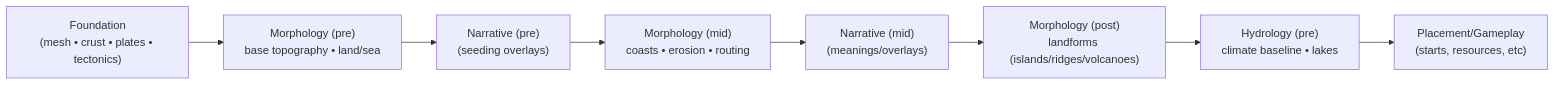
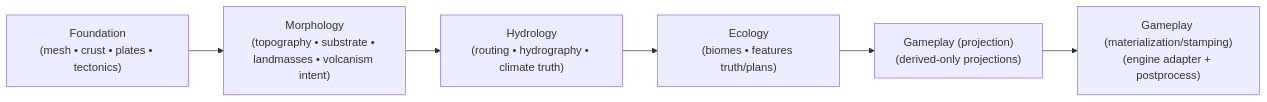
Before and after one commit to mateicanavra/civ7-modding-tools-fork: the first of 3 diagrams in docs/projects/engine-refactor-v1/resources/workflow/domain-refactor/plans/morphology/spike-morphology-modeling-gpt.md, drawn with Mermaid. The commit also changed other lines of this file and 18 other files, not shown here.

````diff
--- a/docs/projects/engine-refactor-v1/resources/workflow/domain-refactor/plans/morphology/spike-morphology-modeling-gpt.md
+++ b/docs/projects/engine-refactor-v1/resources/workflow/domain-refactor/plans/morphology/spike-morphology-modeling-gpt.md
@@ -268,13 +301,11 @@
 ```mermaid
 flowchart LR
 foundation["Foundation<br/>(mesh • crust • plates • tectonics)"]
-morphPre["Morphology (pre)<br/>base topography • land/sea"]
-narrPre["Narrative (pre)<br/>(seeding overlays)"]
-morphMid["Morphology (mid)<br/>coasts • erosion • routing"]
-narrMid["Narrative (mid)<br/>(meanings/overlays)"]
-morphPost["Morphology (post)<br/>landforms (islands/ridges/volcanoes)"]
-hydroPre["Hydrology (pre)<br/>climate baseline • lakes"]
-placement["Placement/Gameplay<br/>(starts, resources, etc)"]
+morphology["Morphology<br/>(topography • substrate • landmasses • volcanism intent)"]
+hydrology["Hydrology<br/>(routing • hydrography • climate truth)"]
+ecology["Ecology<br/>(biomes • features truth/plans)"]
+gameplayProj["Gameplay (projection)<br/>(derived-only projections)"]
+gameplayStamp["Gameplay (materialization/stamping)<br/>(engine adapter + postprocess)"]
 
-foundation --> morphPre --> narrPre --> morphMid --> narrMid --> morphPost --> hydroPre --> placement
+foundation --> morphology --> hydrology --> ecology --> gameplayProj --> gameplayStamp
 ```
````
